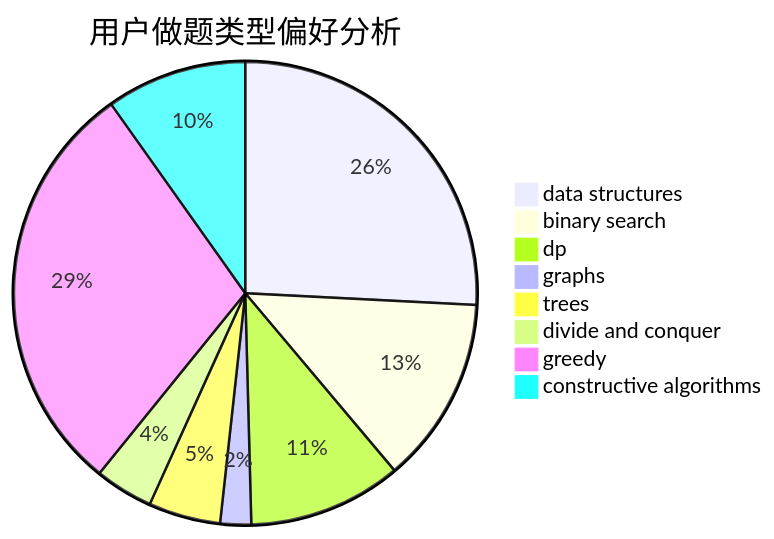
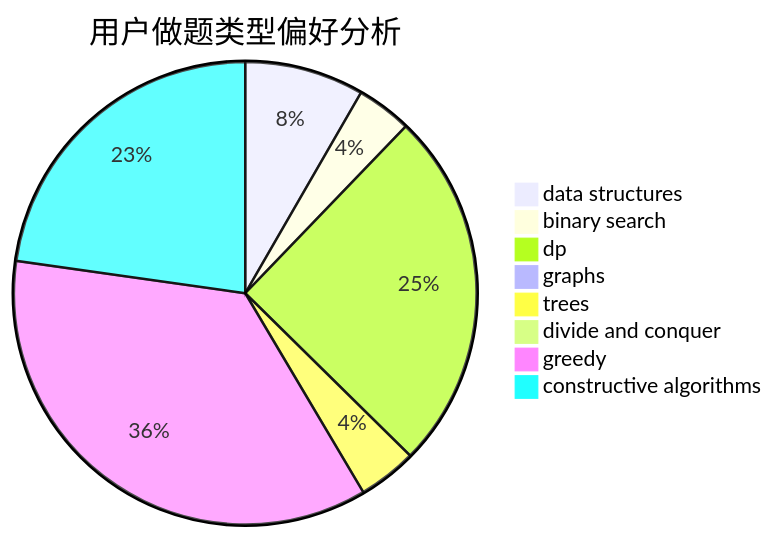
The second of 3 diagrams in docs/user/u2573.md (sherpahu/cfrs.github.io), drawn with Mermaid before and after one commit. The commit also changed other lines of this file and 2770 other files, not shown here.

````diff
--- a/docs/user/u2573.md
+++ b/docs/user/u2573.md
@@ -23,11 +23,11 @@
 ```mermaid
 pie title 用户做题类型偏好分析
-    "data structures" :  431
-    "binary search" :  218
-    "dp" :  179
-    "graphs" :  36
-    "trees" :  84
-    "divide and conquer" :  68
-    "greedy" :  490
-    "constructive algorithms" :  164
+    "data structures" :  134
+    "binary search" :  62
+    "dp" :  405
+    "graphs" :  7
+    "trees" :  66
+    "divide and conquer" :  0
+    "greedy" :  575
+    "constructive algorithms" :  366
 ```
````
